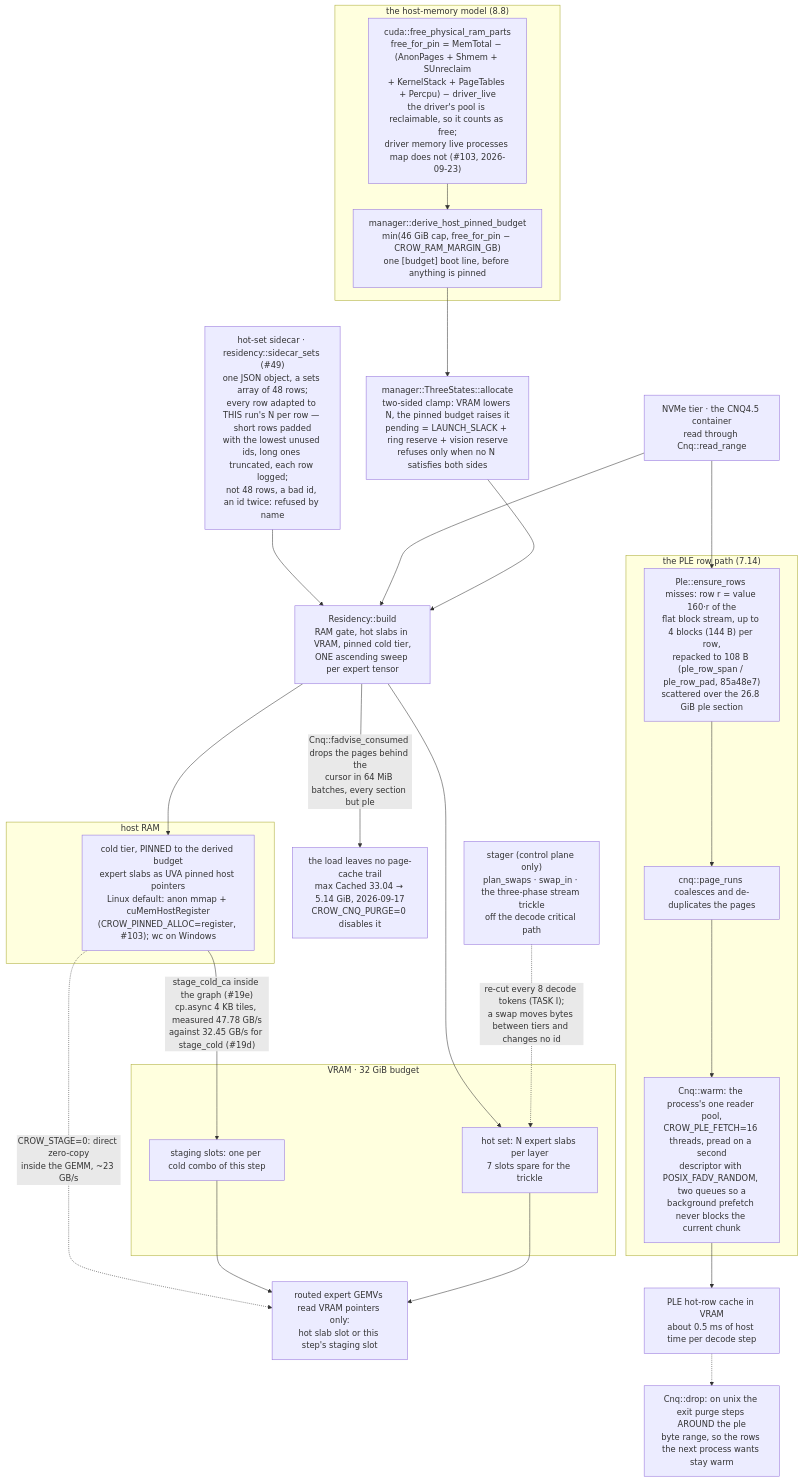
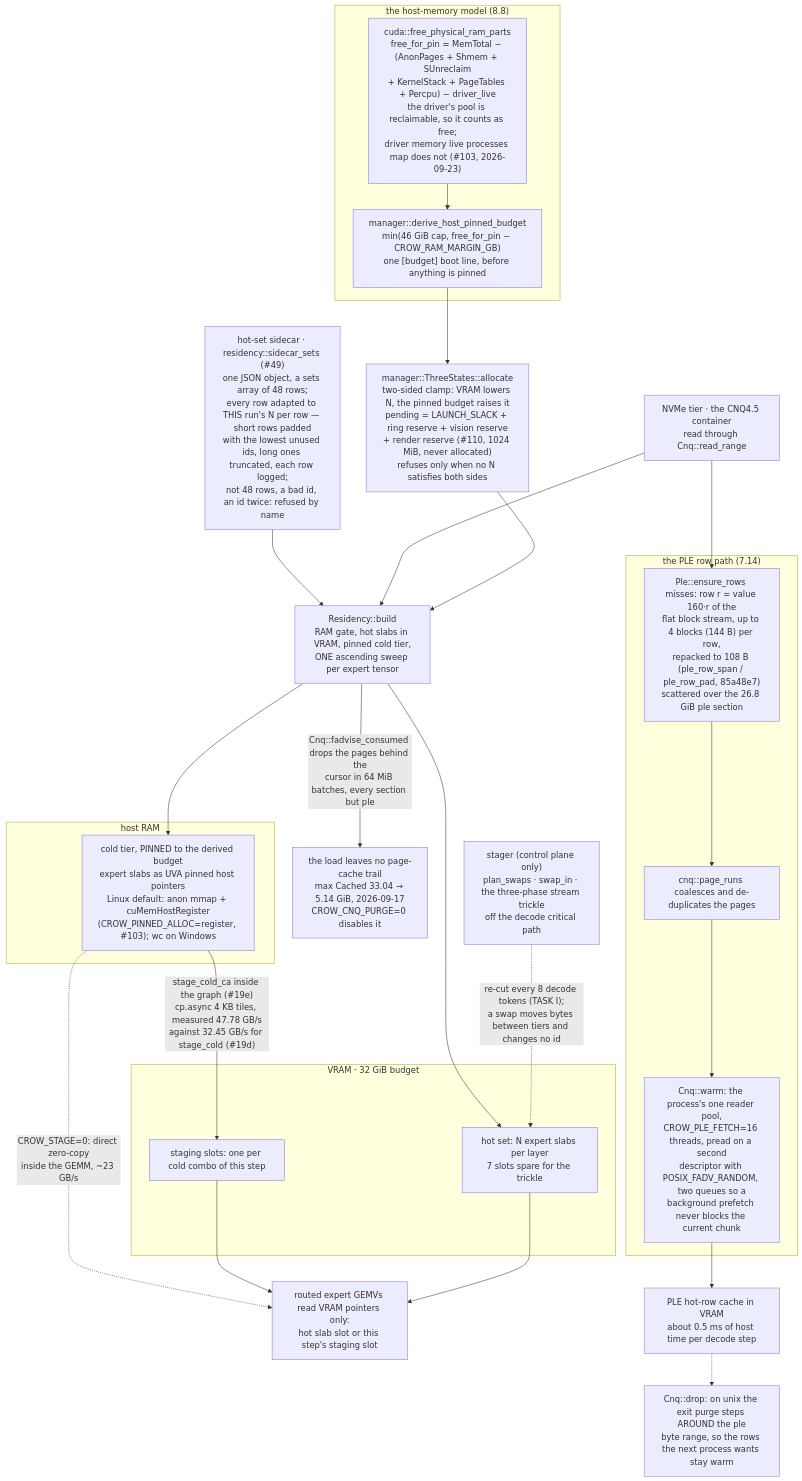
Before and after one commit to nibor1896/crow-nest: the fourth of 8 diagrams in docs/diagrams.md, drawn with Mermaid. The commit also changed other lines of this file and 9 other files, not shown here.

````diff
--- a/docs/diagrams.md
+++ b/docs/diagrams.md
@@ -129,38 +135,38 @@
 ```mermaid
 flowchart TB
     subgraph hostmem["the host-memory model (8.8)"]
         RAM["cuda::free_physical_ram_parts\nfree_for_pin = MemTotal − (AnonPages + Shmem + SUnreclaim\n+ KernelStack + PageTables + Percpu) − driver_live\nthe driver's pool is reclaimable, so it counts as free;\ndriver memory live processes map does not (#103, 2026-09-23)"]
         BUD["manager::derive_host_pinned_budget\nmin(46 GiB cap, free_for_pin − CROW_RAM_MARGIN_GB)\none [budget] boot line, before anything is pinned"]
         RAM --> BUD
     end
-    BUD --> PLAN["manager::ThreeStates::allocate\ntwo-sided clamp: VRAM lowers N, the pinned budget raises it\npending = LAUNCH_SLACK + ring reserve + vision reserve\nrefuses only when no N satisfies both sides"]
+    BUD --> PLAN["manager::ThreeStates::allocate\ntwo-sided clamp: VRAM lowers N, the pinned budget raises it\npending = LAUNCH_SLACK + ring reserve + vision reserve\n+ render reserve (#110, 1024 MiB, never allocated)\nrefuses only when no N satisfies both sides"]
     SIDE["hot-set sidecar · residency::sidecar_sets (#49)\none JSON object, a sets array of 48 rows;\nevery row adapted to THIS run's N per row — short rows padded\nwith the lowest unused ids, long ones truncated, each row logged;\nnot 48 rows, a bad id, an id twice: refused by name"] --> BUILD
     NVME["NVMe tier · the CNQ4.5 container\nread through Cnq::read_range"] --> BUILD
     PLAN --> BUILD["Residency::build\nRAM gate, hot slabs in VRAM, pinned cold tier,\nONE ascending sweep per expert tensor"]
     BUILD -->|"Cnq::fadvise_consumed drops the pages behind the\ncursor in 64 MiB batches, every section but ple"| PC["the load leaves no page-cache trail\nmax Cached 33.04 → 5.14 GiB, 2026-09-17\nCROW_CNQ_PURGE=0 disables it"]
     subgraph host["host RAM"]
         COLD["cold tier, PINNED to the derived budget\nexpert slabs as UVA pinned host pointers\nLinux default: anon mmap + cuMemHostRegister\n(CROW_PINNED_ALLOC=register, #103); wc on Windows"]
     end
     subgraph vram["VRAM · 32 GiB budget"]
         HOT["hot set: N expert slabs per layer\n7 slots spare for the trickle"]
         STAGE["staging slots: one per cold combo of this step"]
     end
     BUILD --> COLD
     BUILD --> HOT
     STAGER["stager (control plane only)\nplan_swaps · swap_in · the three-phase stream trickle\noff the decode critical path"]
     STAGER -.->|"re-cut every 8 decode tokens (TASK I);\na swap moves bytes between tiers and changes no id"| HOT
     COLD -->|"stage_cold_ca inside the graph (#19e)\ncp.async 4 KB tiles, measured 47.78 GB/s\nagainst 32.45 GB/s for stage_cold (#19d)"| STAGE
     COLD -.->|"CROW_STAGE=0: direct zero-copy\ninside the GEMM, ~23 GB/s"| GEMV
     STAGE --> GEMV["routed expert GEMVs read VRAM pointers only:\nhot slab slot or this step's staging slot"]
     HOT --> GEMV
     subgraph plerow["the PLE row path (7.14)"]
         MISS["Ple::ensure_rows misses: row r = value 160·r of the\nflat block stream, up to 4 blocks (144 B) per row,\nrepacked to 108 B (ple_row_span / ple_row_pad, 85a48e7)\nscattered over the 26.8 GiB ple section"]
         RUNS["cnq::page_runs coalesces and de-duplicates the pages"]
         WARM["Cnq::warm: the process's one reader pool,\nCROW_PLE_FETCH=16 threads, pread on a second\ndescriptor with POSIX_FADV_RANDOM, two queues so a\nbackground prefetch never blocks the current chunk"]
         MISS --> RUNS --> WARM
     end
     NVME --> MISS
     WARM --> PLEC["PLE hot-row cache in VRAM\nabout 0.5 ms of host time per decode step"]
     EXITP["Cnq::drop: on unix the exit purge steps AROUND the ple\nbyte range, so the rows the next process wants stay warm"]
     PLEC -.-> EXITP
 ```
````
